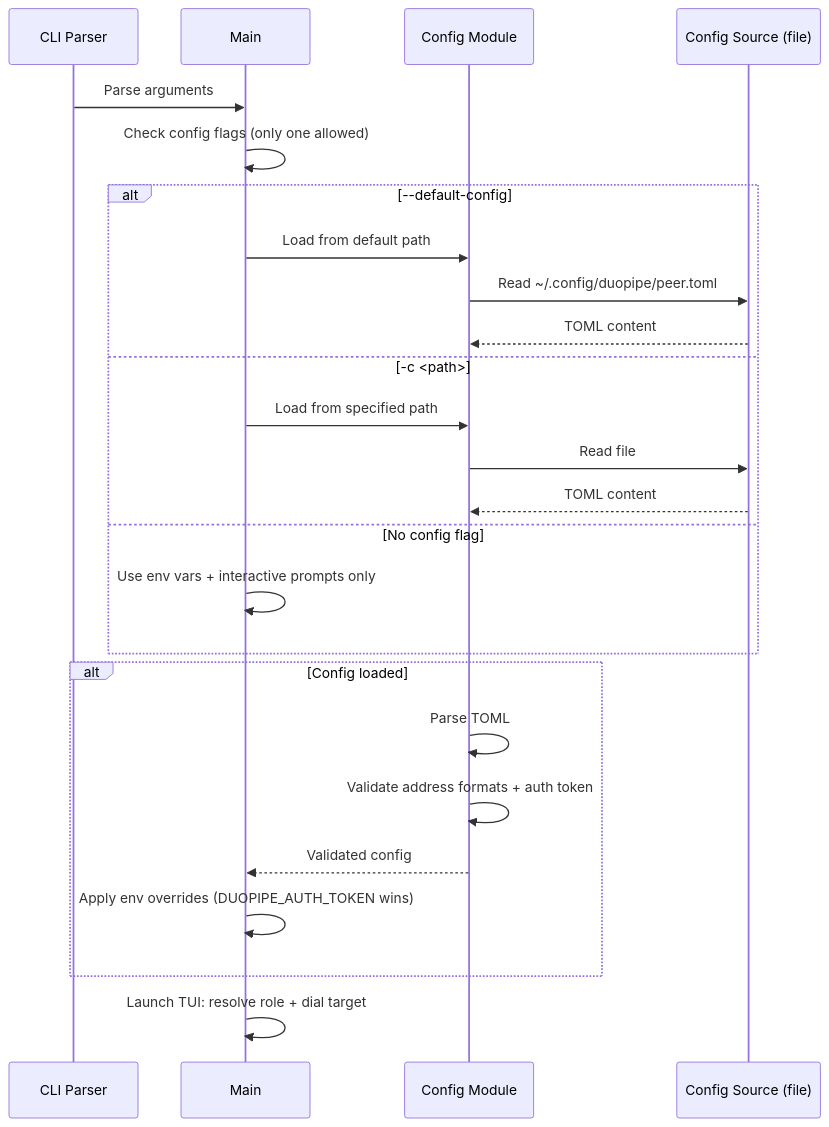
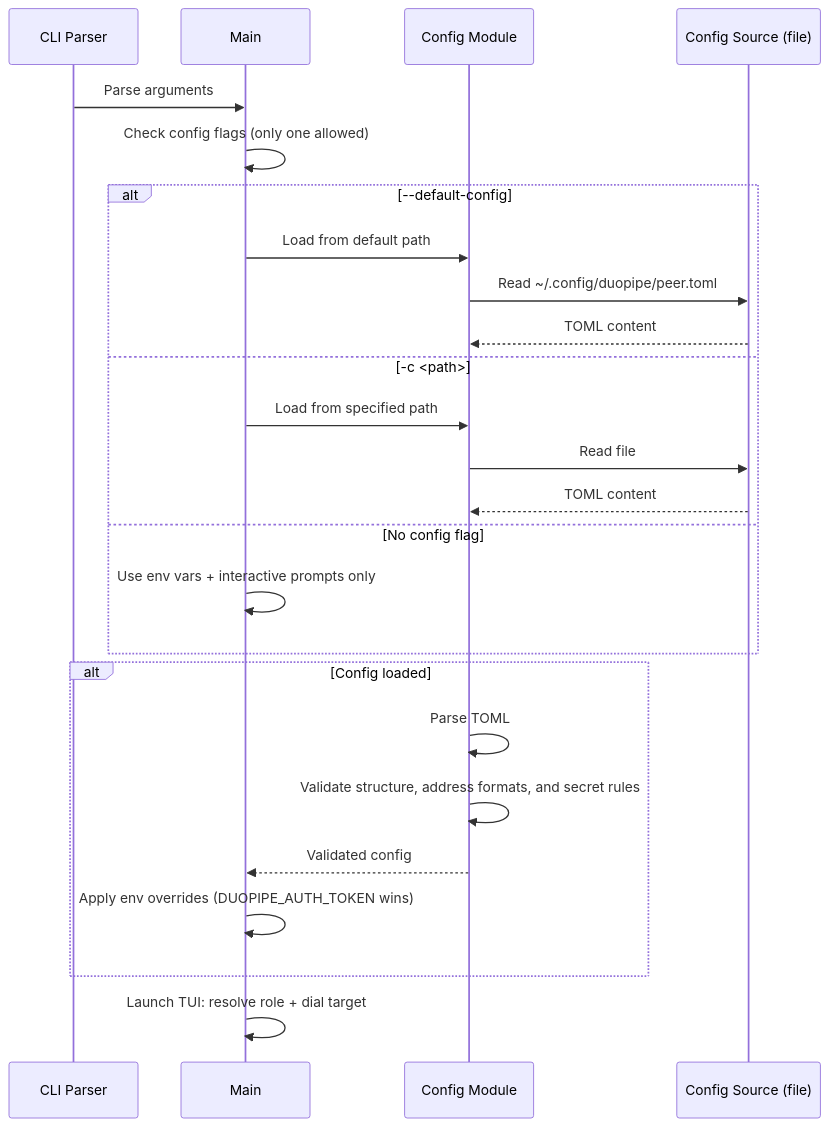
One commit to andrewtheguy/duopipe changed diagram 13 of 24 in docs/ARCHITECTURE.md. Above: the diagram before and after it, drawn with Mermaid. The commit also changed other lines of this file and 10 other files, not shown here.

````diff
--- a/docs/ARCHITECTURE.md
+++ b/docs/ARCHITECTURE.md
@@ -489,31 +489,31 @@
 ```mermaid
 sequenceDiagram
     participant CLI as CLI Parser
     participant Main as Main
     participant Config as Config Module
     participant Source as Config Source (file)
 
     CLI->>Main: Parse arguments
     Main->>Main: Check config flags (only one allowed)
 
     alt --default-config
         Main->>Config: Load from default path
         Config->>Source: Read ~/.config/duopipe/peer.toml
         Source-->>Config: TOML content
     else -c <path>
         Main->>Config: Load from specified path
         Config->>Source: Read file
         Source-->>Config: TOML content
     else No config flag
         Main->>Main: Use env vars + interactive prompts only
     end
 
     alt Config loaded
         Config->>Config: Parse TOML
-        Config->>Config: Validate address formats + auth token
+        Config->>Config: Validate structure, address formats, and secret rules
         Config-->>Main: Validated config
         Main->>Main: Apply env overrides (DUOPIPE_AUTH_TOKEN wins)
     end
 
     Main->>Main: Launch TUI: resolve role + dial target
 ```
````
